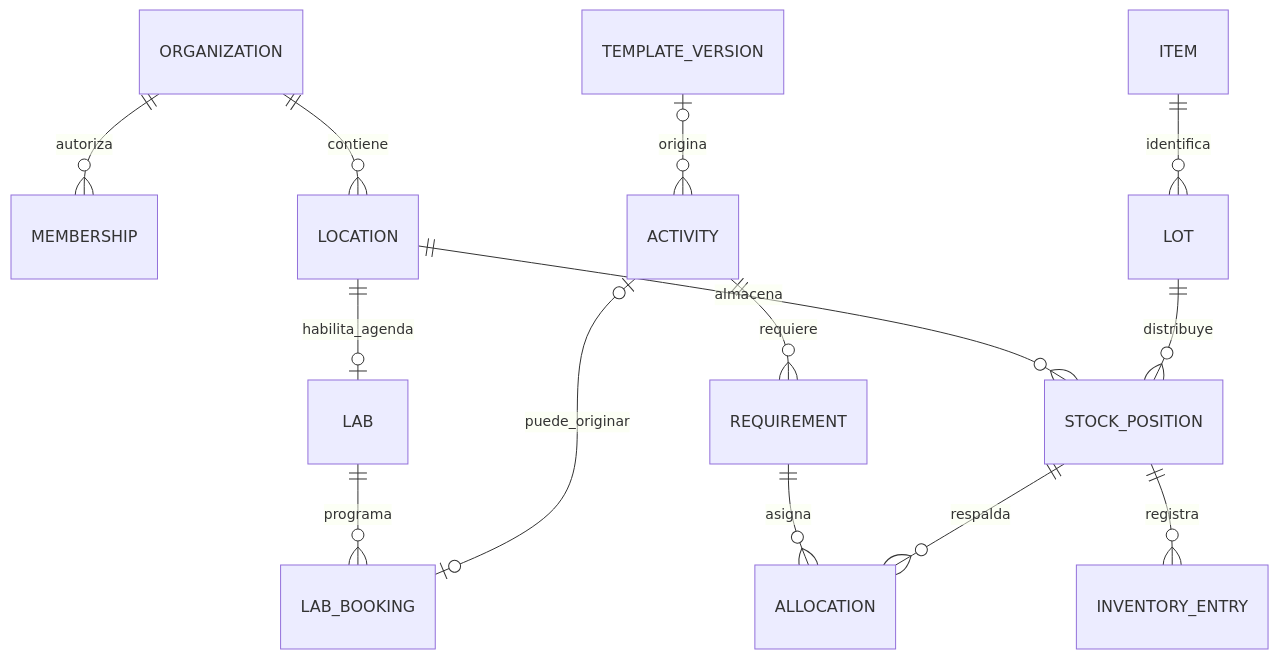
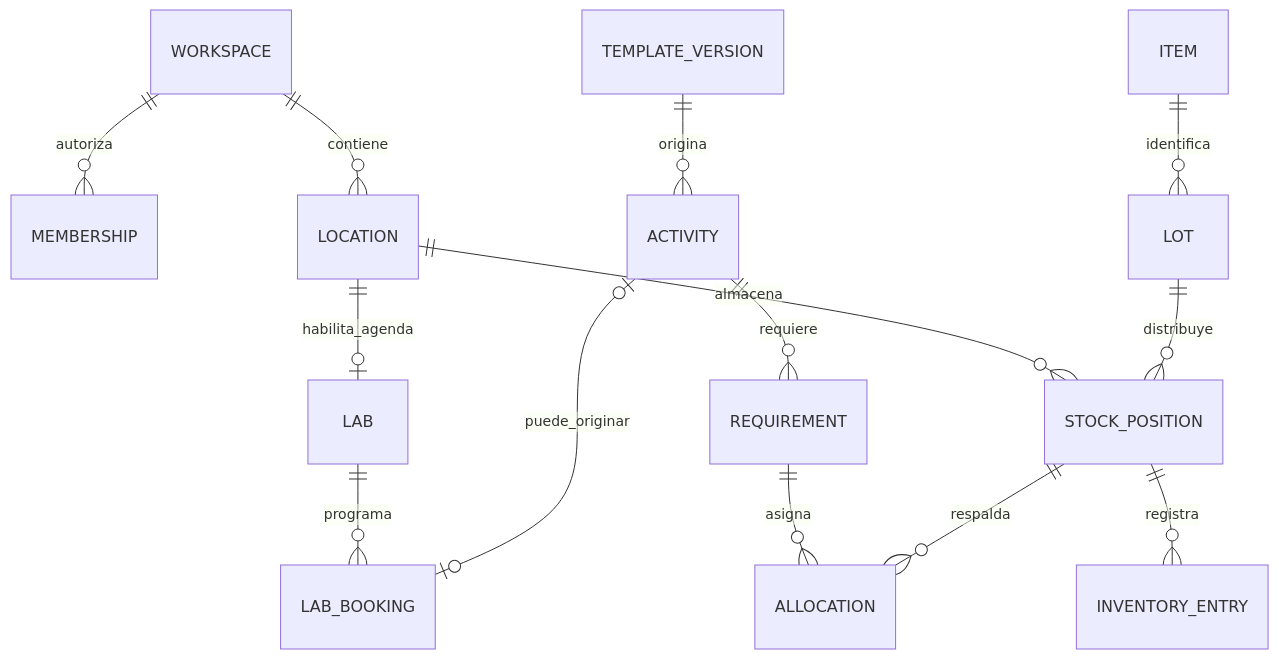
Before and after one commit to JIO1011/platlab: the diagram in docs/plan/03_dominio_y_datos.md, drawn with Mermaid. The commit also changed other lines of this file and 19 other files, not shown here.

````diff
--- a/docs/plan/03_dominio_y_datos.md
+++ b/docs/plan/03_dominio_y_datos.md
@@ -355,16 +391,16 @@
 ```mermaid
 erDiagram
-    ORGANIZATION ||--o{ MEMBERSHIP : autoriza
-    ORGANIZATION ||--o{ LOCATION : contiene
+    WORKSPACE ||--o{ MEMBERSHIP : autoriza
+    WORKSPACE ||--o{ LOCATION : contiene
     LOCATION ||--o| LAB : habilita_agenda
     LOCATION ||--o{ STOCK_POSITION : almacena
     ITEM ||--o{ LOT : identifica
     LOT ||--o{ STOCK_POSITION : distribuye
-    TEMPLATE_VERSION o|--o{ ACTIVITY : origina
+    TEMPLATE_VERSION ||--o{ ACTIVITY : origina
     LAB ||--o{ LAB_BOOKING : programa
     ACTIVITY o|--o| LAB_BOOKING : puede_originar
     ACTIVITY ||--o{ REQUIREMENT : requiere
     REQUIREMENT ||--o{ ALLOCATION : asigna
     STOCK_POSITION ||--o{ ALLOCATION : respalda
     STOCK_POSITION ||--o{ INVENTORY_ENTRY : registra
 ```
````
